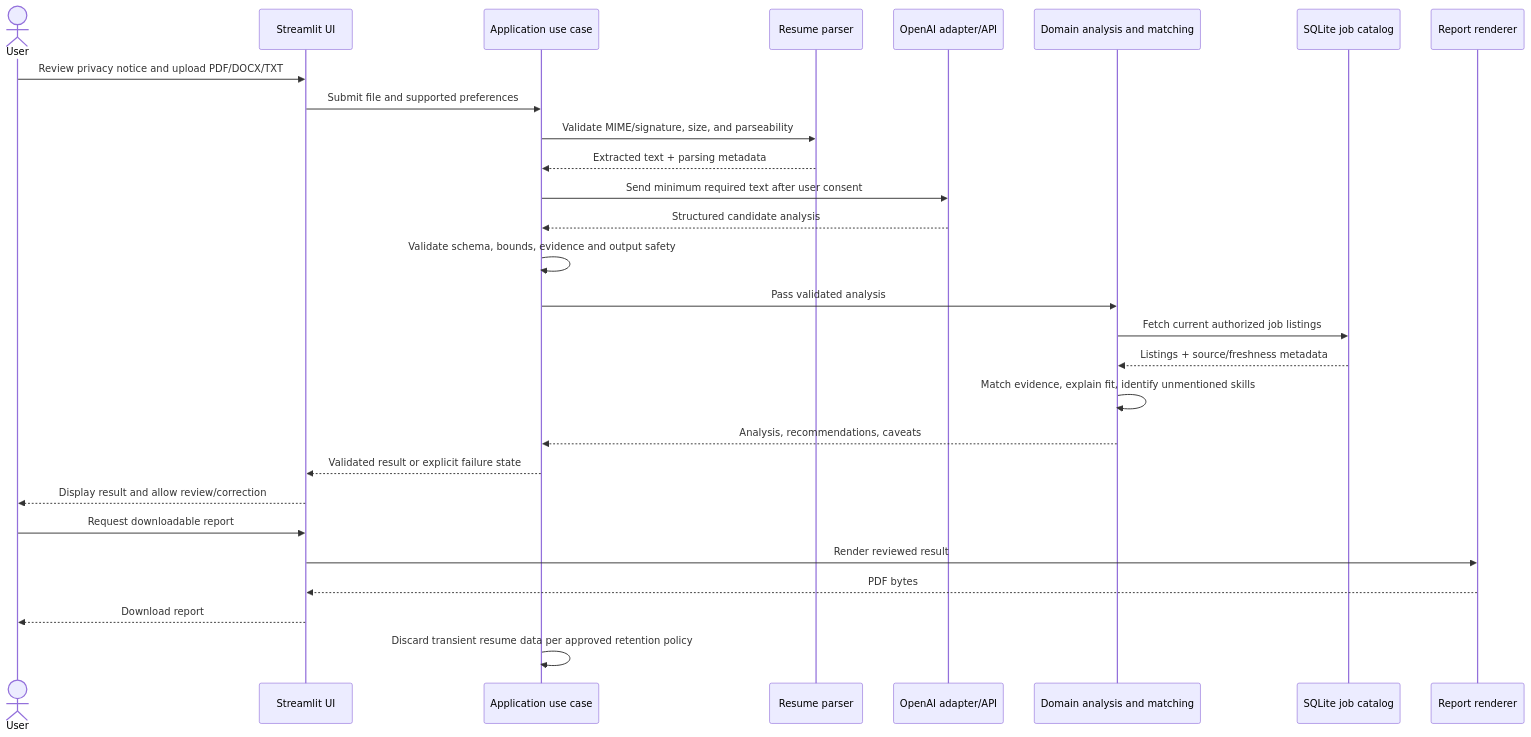
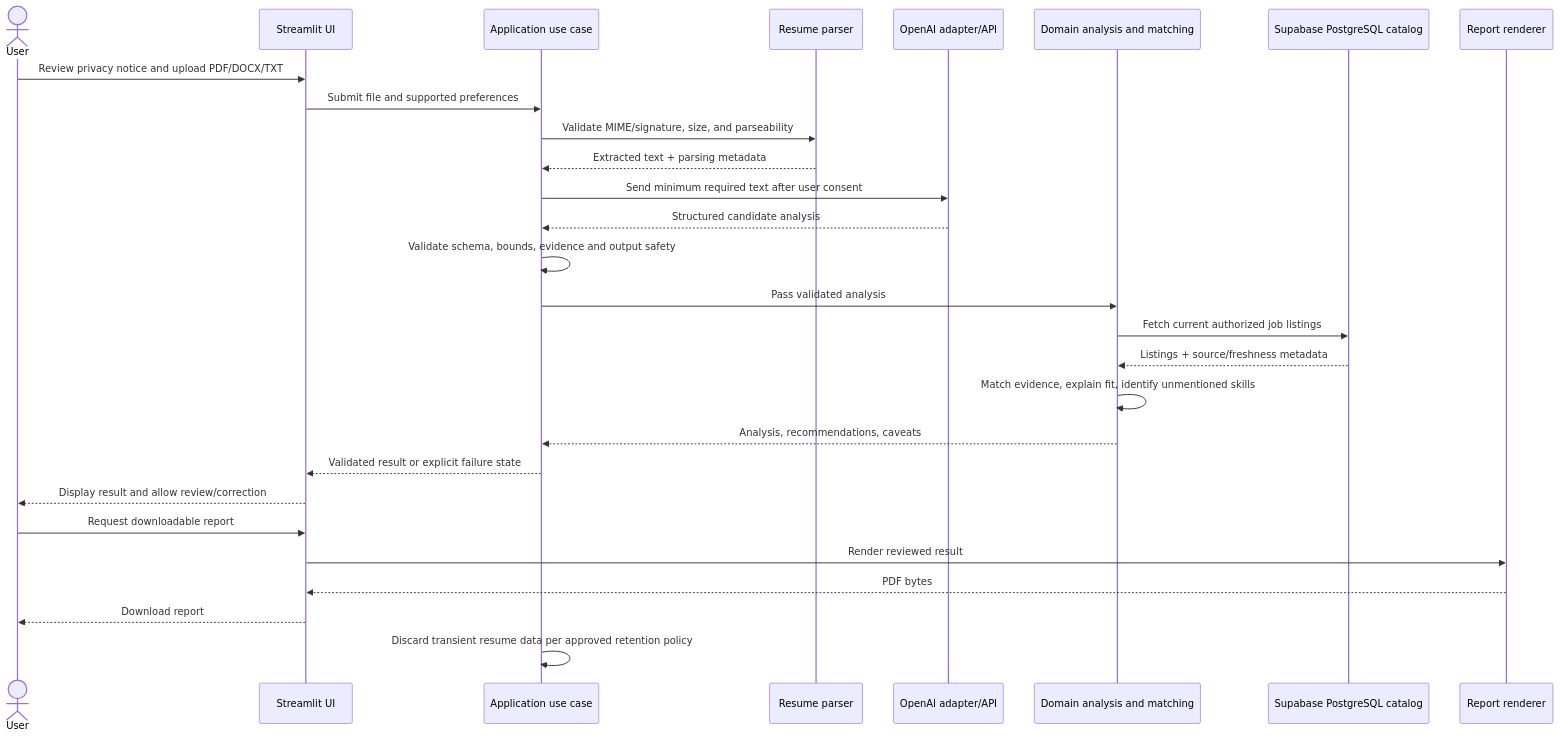
The third of 3 diagrams in SOFTWARE_ARCH.md (Soubhagyakulkarni/Resume_Analyser), drawn with Mermaid before and after one commit. The commit also changed other lines of this file and 49 other files, not shown here.

````diff
--- a/SOFTWARE_ARCH.md
+++ b/SOFTWARE_ARCH.md
@@ -156,31 +158,31 @@
 ```mermaid
 sequenceDiagram
     actor User
     participant UI as Streamlit UI
     participant App as Application use case
     participant Parser as Resume parser
     participant GPT as OpenAI adapter/API
     participant Domain as Domain analysis and matching
-    participant DB as SQLite job catalog
+    participant DB as Supabase PostgreSQL catalog
     participant PDF as Report renderer
 
     User->>UI: Review privacy notice and upload PDF/DOCX/TXT
     UI->>App: Submit file and supported preferences
     App->>Parser: Validate MIME/signature, size, and parseability
     Parser-->>App: Extracted text + parsing metadata
     App->>GPT: Send minimum required text after user consent
     GPT-->>App: Structured candidate analysis
     App->>App: Validate schema, bounds, evidence and output safety
     App->>Domain: Pass validated analysis
     Domain->>DB: Fetch current authorized job listings
     DB-->>Domain: Listings + source/freshness metadata
     Domain->>Domain: Match evidence, explain fit, identify unmentioned skills
     Domain-->>App: Analysis, recommendations, caveats
     App-->>UI: Validated result or explicit failure state
     UI-->>User: Display result and allow review/correction
     User->>UI: Request downloadable report
     UI->>PDF: Render reviewed result
     PDF-->>UI: PDF bytes
     UI-->>User: Download report
     App->>App: Discard transient resume data per approved retention policy
 ```
````
